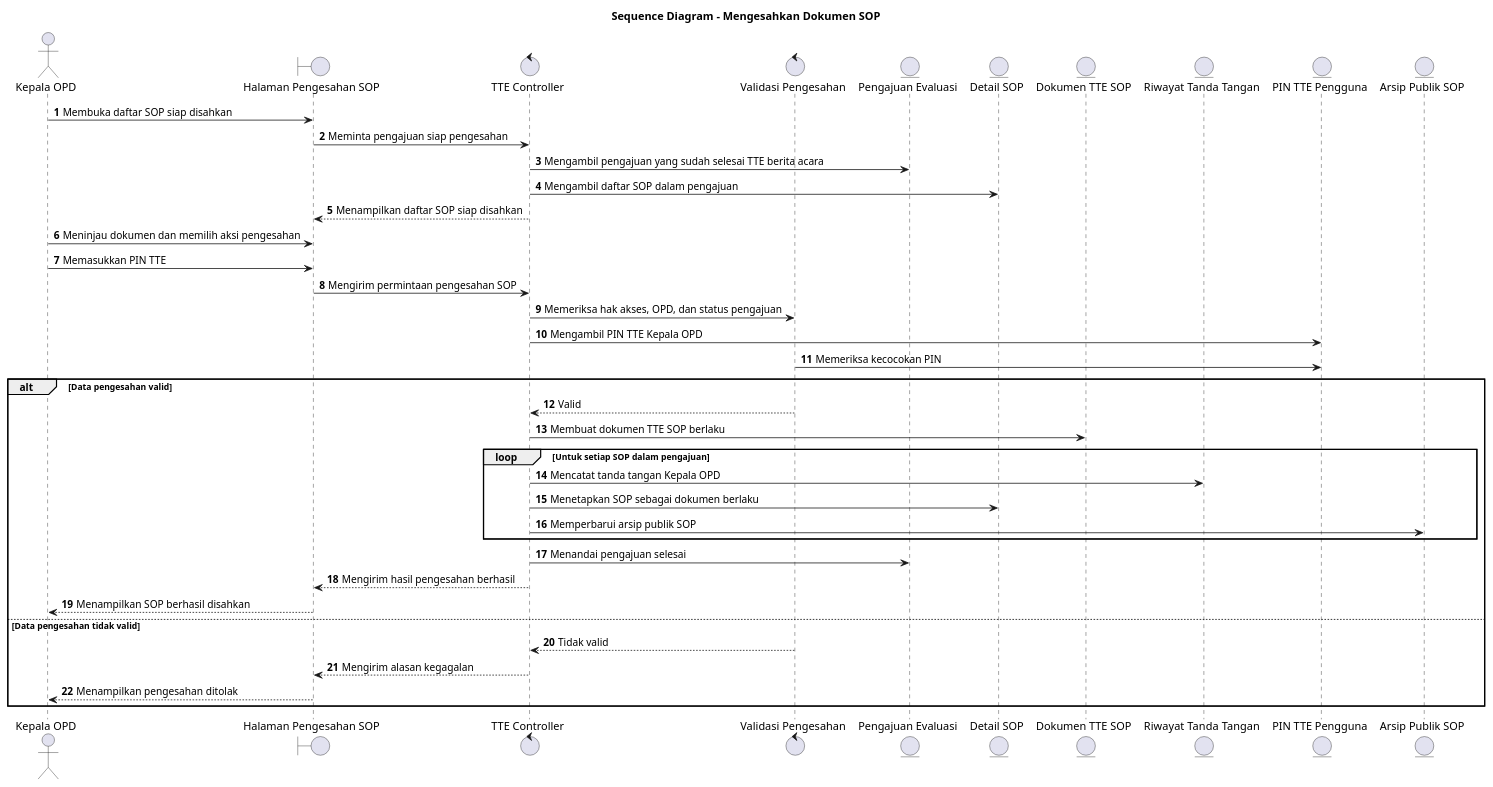
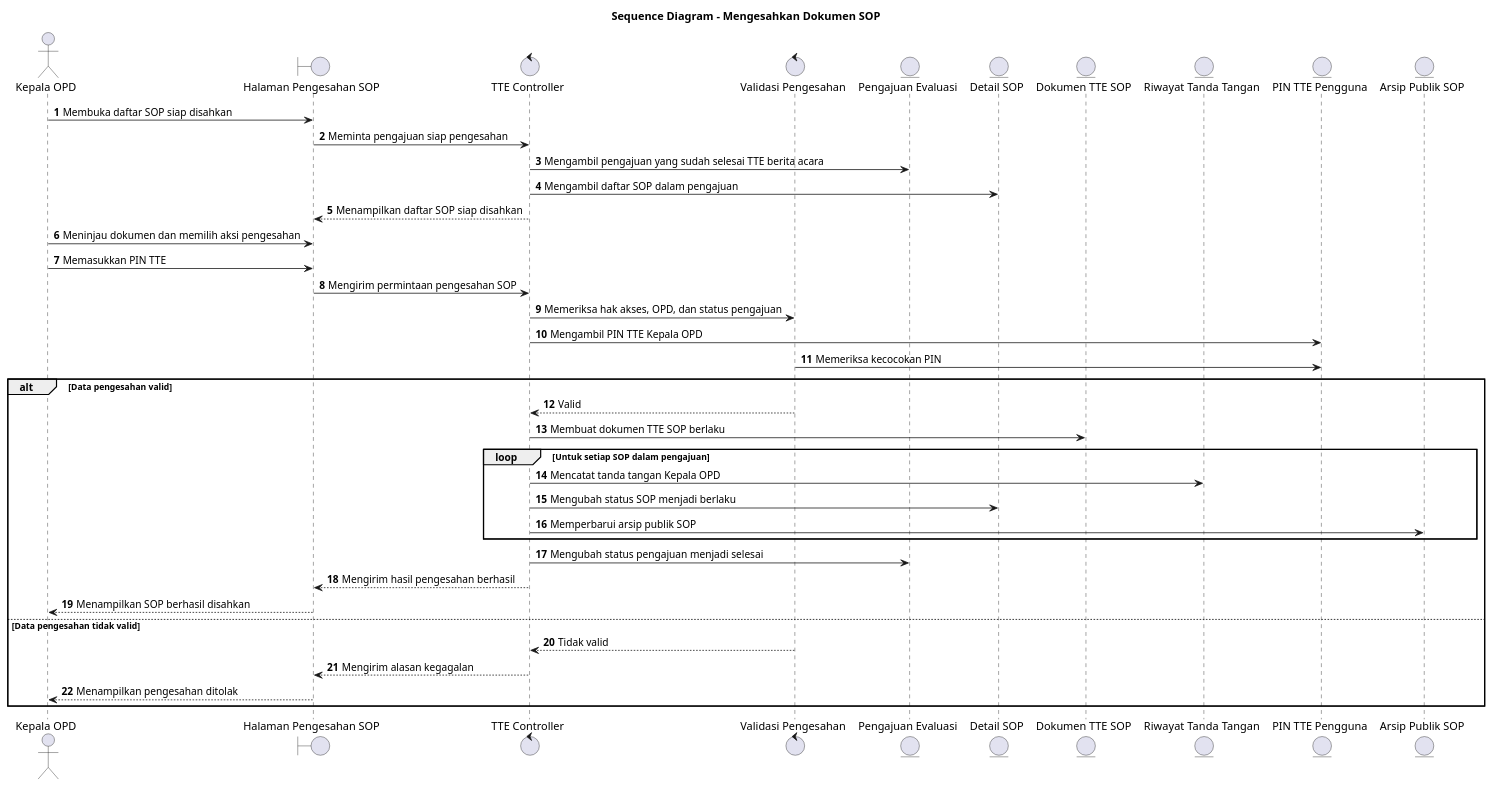
Before and after one commit to howlil/sop-generate-app: the diagram in docs/sequence/kepala-opd-mengesahkan-dokumen-sop.md, drawn with PlantUML. The commit also changed 18 other files, not shown here.

````diff
--- a/docs/sequence/kepala-opd-mengesahkan-dokumen-sop.md
+++ b/docs/sequence/kepala-opd-mengesahkan-dokumen-sop.md
@@ -16,48 +16,48 @@
 ```plantuml
 @startuml
 title Sequence Diagram - Mengesahkan Dokumen SOP
 autonumber
 
 actor "Kepala OPD" as Aktor
 boundary "Halaman Pengesahan SOP" as UI
 control "TTE Controller" as TTECtrl
 control "Validasi Pengesahan" as Validasi
 entity "Pengajuan Evaluasi" as Pengajuan
 entity "Detail SOP" as Detail
 entity "Dokumen TTE SOP" as DokumenTTE
 entity "Riwayat Tanda Tangan" as Riwayat
 entity "PIN TTE Pengguna" as Pin
 entity "Arsip Publik SOP" as Arsip
 
 Aktor -> UI : Membuka daftar SOP siap disahkan
 UI -> TTECtrl : Meminta pengajuan siap pengesahan
 TTECtrl -> Pengajuan : Mengambil pengajuan yang sudah selesai TTE berita acara
 TTECtrl -> Detail : Mengambil daftar SOP dalam pengajuan
 TTECtrl --> UI : Menampilkan daftar SOP siap disahkan
 
 Aktor -> UI : Meninjau dokumen dan memilih aksi pengesahan
 Aktor -> UI : Memasukkan PIN TTE
 UI -> TTECtrl : Mengirim permintaan pengesahan SOP
 TTECtrl -> Validasi : Memeriksa hak akses, OPD, dan status pengajuan
 TTECtrl -> Pin : Mengambil PIN TTE Kepala OPD
 Validasi -> Pin : Memeriksa kecocokan PIN
 
 alt Data pengesahan valid
   Validasi --> TTECtrl : Valid
   TTECtrl -> DokumenTTE : Membuat dokumen TTE SOP berlaku
   loop Untuk setiap SOP dalam pengajuan
     TTECtrl -> Riwayat : Mencatat tanda tangan Kepala OPD
-    TTECtrl -> Detail : Menetapkan SOP sebagai dokumen berlaku
+    TTECtrl -> Detail : Mengubah status SOP menjadi berlaku
     TTECtrl -> Arsip : Memperbarui arsip publik SOP
   end
-  TTECtrl -> Pengajuan : Menandai pengajuan selesai
+  TTECtrl -> Pengajuan : Mengubah status pengajuan menjadi selesai
   TTECtrl --> UI : Mengirim hasil pengesahan berhasil
   UI --> Aktor : Menampilkan SOP berhasil disahkan
 else Data pengesahan tidak valid
   Validasi --> TTECtrl : Tidak valid
   TTECtrl --> UI : Mengirim alasan kegagalan
   UI --> Aktor : Menampilkan pengesahan ditolak
 end
 
 @enduml
 ```
````
